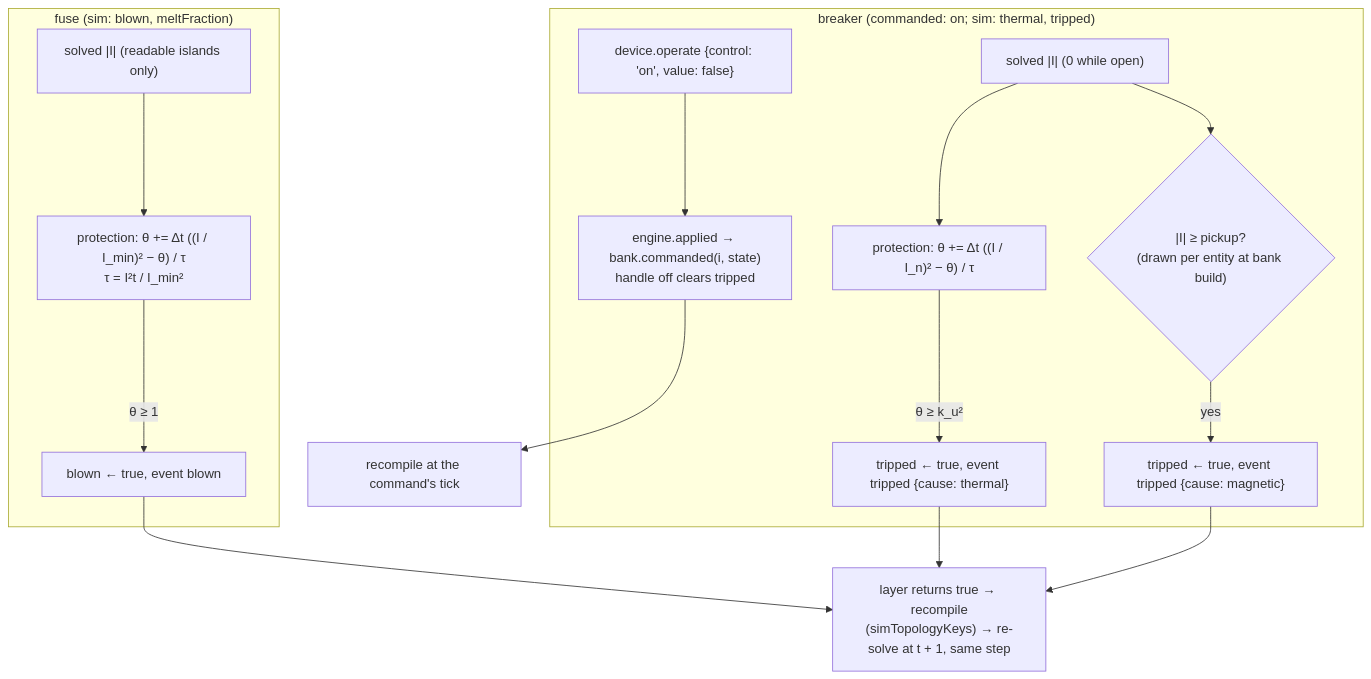
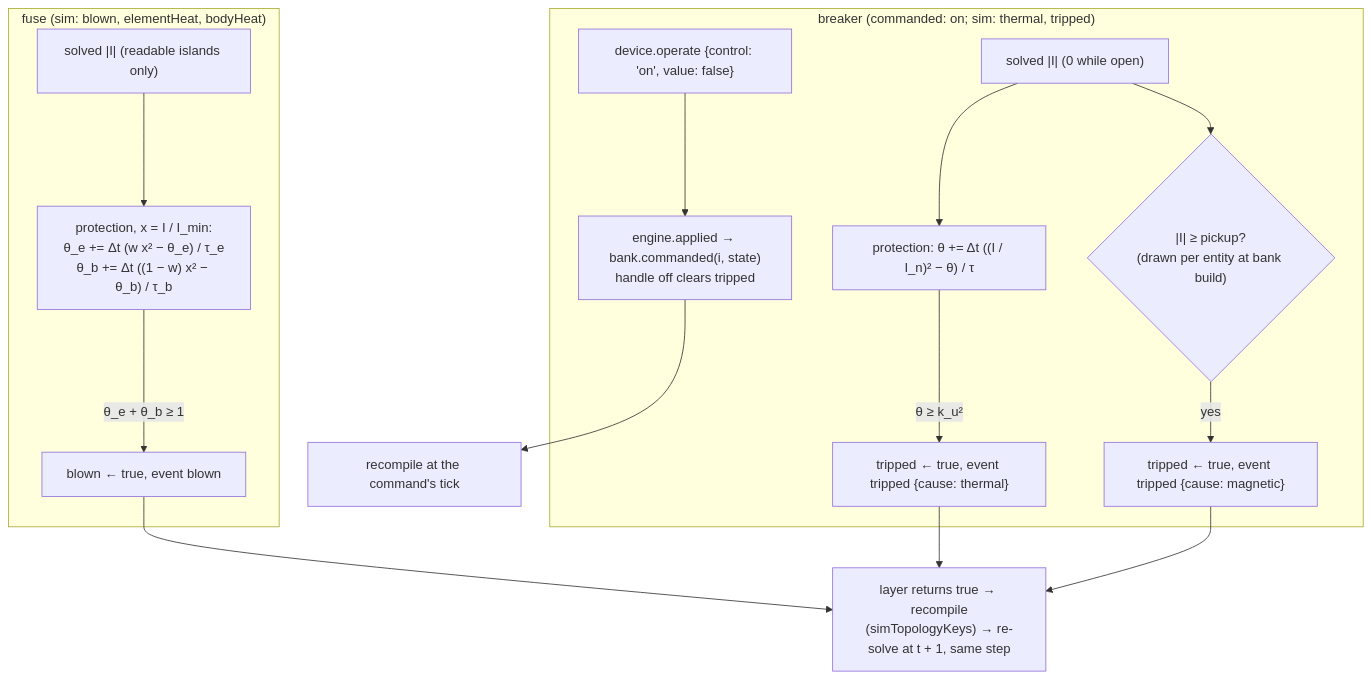
One commit to joebarbere/controls changed the ninth of 11 diagrams in docs/architecture/simulation.md. Above: the diagram before and after it, drawn with Mermaid. The commit also changed other lines of this file and 22 other files, not shown here.

````diff
--- a/docs/architecture/simulation.md
+++ b/docs/architecture/simulation.md
@@ -507,18 +507,18 @@
 ```mermaid
 flowchart TB
-    subgraph fuse["fuse (sim: blown, meltFraction)"]
-      FI["solved |I| (readable islands only)"] --> FT["protection: θ += Δt ((I / I_min)² − θ) / τ<br/>τ = I²t / I_min²"]
-      FT -->|"θ ≥ 1"| FB["blown ← true, event blown"]
+    subgraph fuse["fuse (sim: blown, elementHeat, bodyHeat)"]
+      FI["solved |I| (readable islands only)"] --> FT["protection, x = I / I_min:<br/>θ_e += Δt (w x² − θ_e) / τ_e<br/>θ_b += Δt ((1 − w) x² − θ_b) / τ_b"]
+      FT -->|"θ_e + θ_b ≥ 1"| FB["blown ← true, event blown"]
     end
     subgraph breaker["breaker (commanded: on; sim: thermal, tripped)"]
       BI["solved |I| (0 while open)"] --> BT["protection: θ += Δt ((I / I_n)² − θ) / τ"]
       BI --> BM{"|I| ≥ pickup?<br/>(drawn per entity at bank build)"}
       BT -->|"θ ≥ k_u²"| BX["tripped ← true, event tripped {cause: thermal}"]
       BM -->|yes| BY["tripped ← true, event tripped {cause: magnetic}"]
       CMD["device.operate {control: 'on', value: false}"] --> HOOK["engine.applied → bank.commanded(i, state)<br/>handle off clears tripped"]
     end
     FB --> RC["layer returns true → recompile<br/>(simTopologyKeys) → re-solve at t + 1, same step"]
     BX --> RC
     BY --> RC
     HOOK --> RC2["recompile at the command's tick"]
 ```
````
